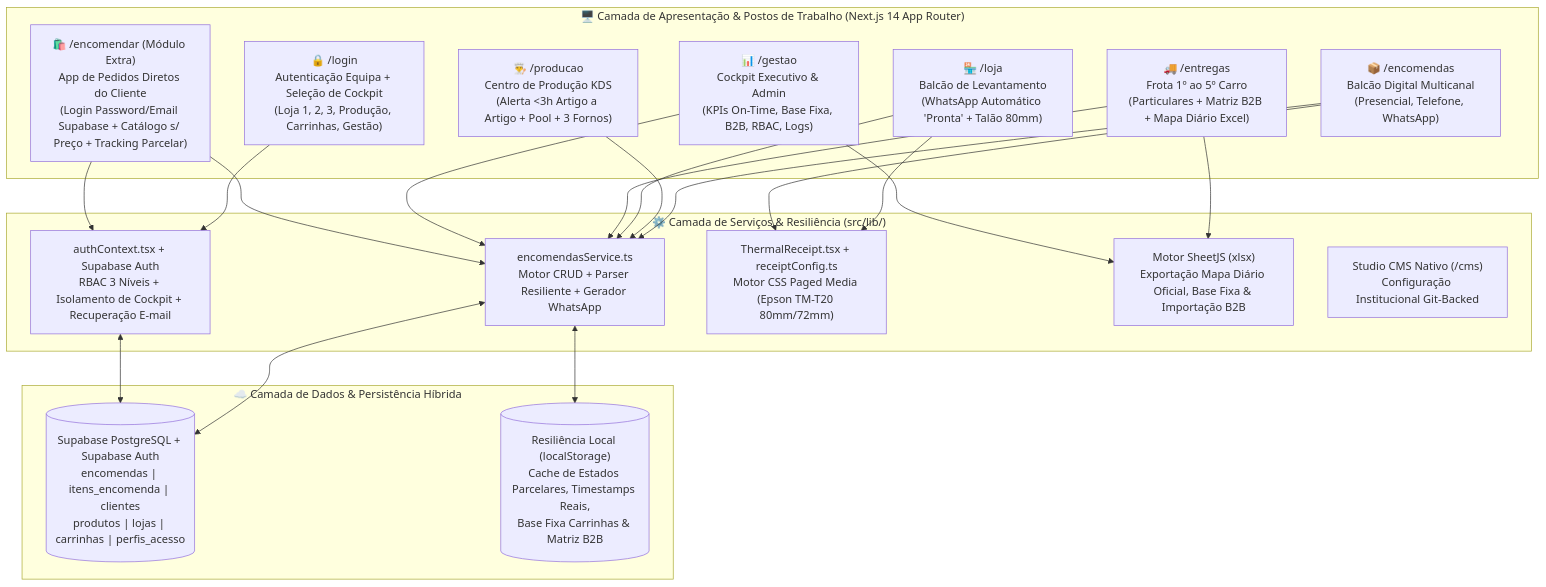
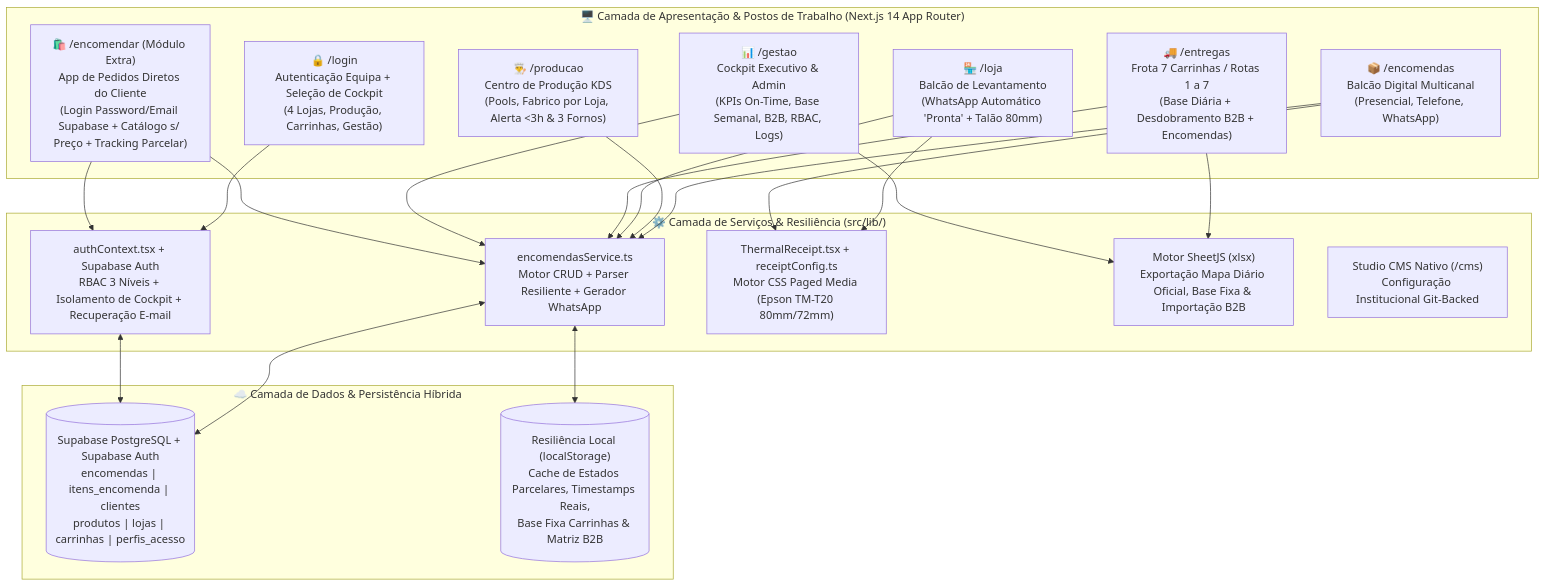
Before and after one commit to lfcarreiras/App-Padaria: the first of 2 diagrams in docs/01_Dossier_Tecnico_e_Evolucao_Arquitetural.md, drawn with Mermaid. The commit also changed other lines of this file and 5 other files, not shown here.

Commit message:
docs: sincronizacao integral dos manuais 01 a 06 com a solucao v2.7.15 (4 Lojas, 7 Carrinhas, 21 B2B e Swarm 99.6%)

````diff
--- a/docs/01_Dossier_Tecnico_e_Evolucao_Arquitetural.md
+++ b/docs/01_Dossier_Tecnico_e_Evolucao_Arquitetural.md
@@ -28,43 +28,43 @@
 ```mermaid
 flowchart TB
     subgraph ClientLayer ["🖥️ Camada de Apresentação & Postos de Trabalho (Next.js 14 App Router)"]
-        LoginEquipa["🔒 /login\nAutenticação Equipa + Seleção de Cockpit\n(Loja 1, 2, 3, Produção, Carrinhas, Gestão)"]
+        LoginEquipa["🔒 /login\nAutenticação Equipa + Seleção de Cockpit\n(4 Lojas, Produção, Carrinhas, Gestão)"]
         Balcao["📦 /encomendas\nBalcão Digital Multicanal\n(Presencial, Telefone, WhatsApp)"]
-        Producao["👨‍🍳 /producao\nCentro de Produção KDS\n(Alerta <3h Artigo a Artigo + Pool + 3 Fornos)"]
+        Producao["👨‍🍳 /producao\nCentro de Produção KDS\n(Pools, Fabrico por Loja, Alerta <3h & 3 Fornos)"]
         ExpedicaoLoja["🏪 /loja\nBalcão de Levantamento\n(WhatsApp Automático 'Pronta' + Talão 80mm)"]
-        Logistica["🚚 /entregas\nFrota 1º ao 5º Carro\n(Particulares + Matriz B2B + Mapa Diário Excel)"]
-        CockpitGestao["📊 /gestao\nCockpit Executivo & Admin\n(KPIs On-Time, Base Fixa, B2B, RBAC, Logs)"]
+        Logistica["🚚 /entregas\nFrota 7 Carrinhas / Rotas 1 a 7\n(Base Diária + Desdobramento B2B + Encomendas)"]
+        CockpitGestao["📊 /gestao\nCockpit Executivo & Admin\n(KPIs On-Time, Base Semanal, B2B, RBAC, Logs)"]
         PortalCliente["🛍️ /encomendar (Módulo Extra)\nApp de Pedidos Diretos do Cliente\n(Login Password/Email Supabase + Catálogo s/ Preço + Tracking Parcelar)"]
     end
 
     subgraph ServiceLayer ["⚙️ Camada de Serviços & Resiliência (src/lib/)"]
         EncService["encomendasService.ts\nMotor CRUD + Parser Resiliente + Gerador WhatsApp"]
         AuthCtx["authContext.tsx + Supabase Auth\nRBAC 3 Níveis + Isolamento de Cockpit + Recuperação E-mail"]
         ThermalEngine["ThermalReceipt.tsx + receiptConfig.ts\nMotor CSS Paged Media (Epson TM-T20 80mm/72mm)"]
         ExcelEngine["Motor SheetJS (xlsx)\nExportação Mapa Diário Oficial, Base Fixa & Importação B2B"]
         TinaLayer["Studio CMS Nativo (/cms)\nConfiguração Institucional Git-Backed"]
     end
 
     subgraph DataLayer ["☁️ Camada de Dados & Persistência Híbrida"]
         SupabaseDB[("Supabase PostgreSQL + Supabase Auth\nencomendas | itens_encomenda | clientes\nprodutos | lojas | carrinhas | perfis_acesso")]
         LocalFallback[("Resiliência Local (localStorage)\nCache de Estados Parcelares, Timestamps Reais,\nBase Fixa Carrinhas & Matriz B2B")]
     end
 
     LoginEquipa --> AuthCtx
     Balcao --> EncService
     Producao --> EncService
     ExpedicaoLoja --> EncService
     Logistica --> EncService
     CockpitGestao --> EncService
     PortalCliente --> EncService
     PortalCliente --> AuthCtx
 
     ExpedicaoLoja --> ThermalEngine
     Balcao --> ThermalEngine
     Logistica --> ExcelEngine
     CockpitGestao --> ExcelEngine
 
     EncService <--> SupabaseDB
     EncService <--> LocalFallback
     AuthCtx <--> SupabaseDB
 ```
````
